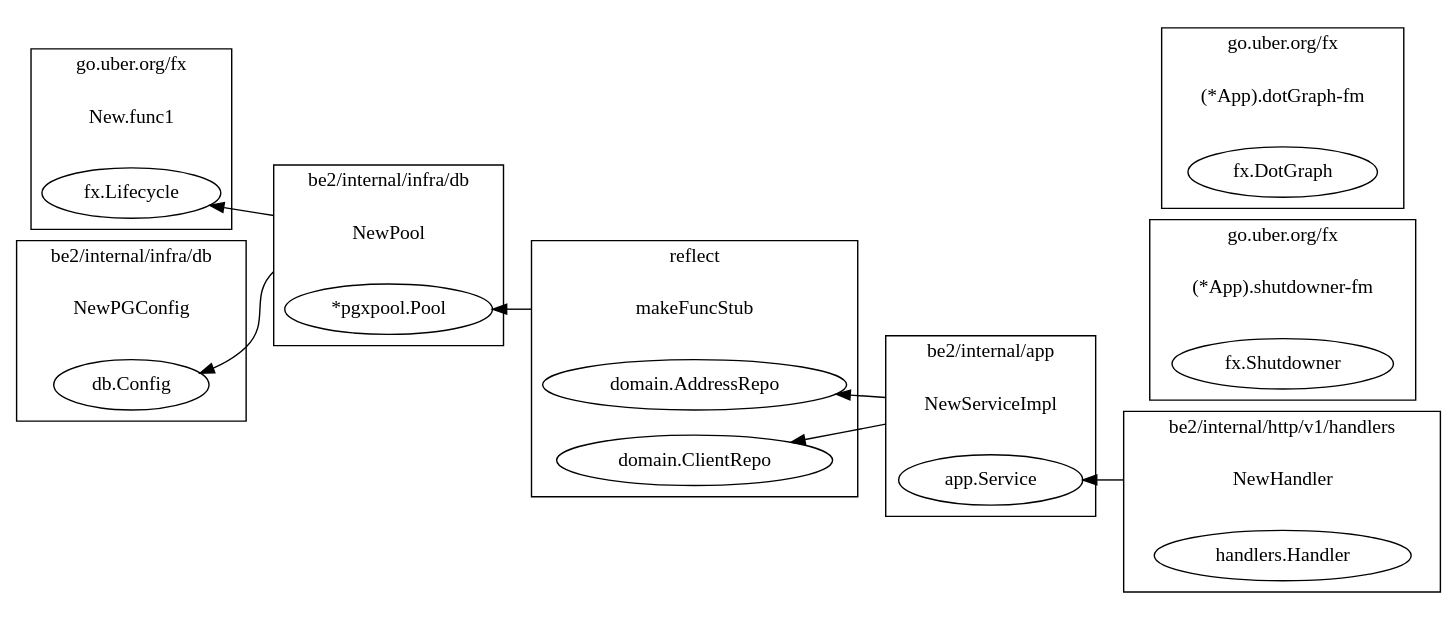
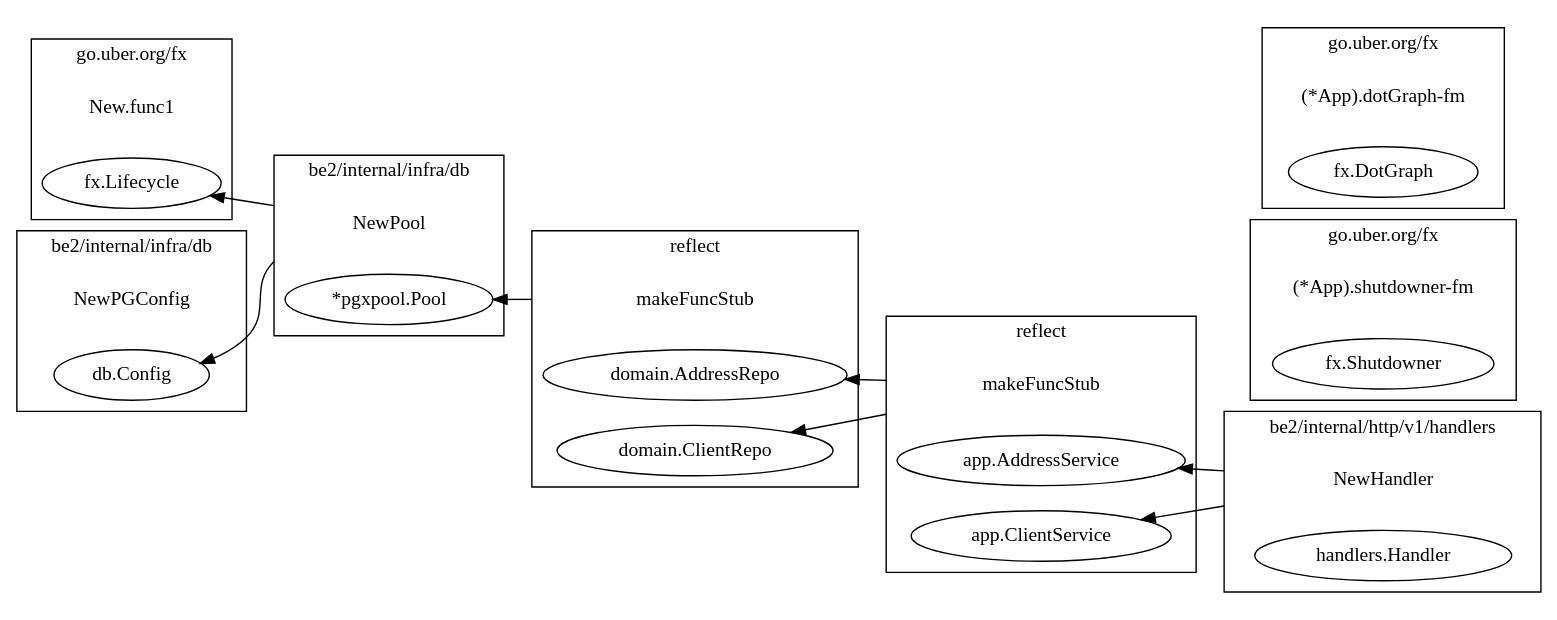
The diagram in src/graph.dot (aldz231188/be2), drawn with Graphviz before and after one commit. The commit also changed 7 other files, not shown here.

```diff
--- a/src/graph.dot
+++ b/src/graph.dot
@@ -1,51 +1,53 @@
 digraph {
 	rankdir=RL;
 	graph [compound=true];
 	subgraph cluster_0 {
 		label = "go.uber.org/fx";
 		constructor_0 [shape=plaintext label="New.func1"];
 		"fx.Lifecycle" [label=<fx.Lifecycle>];
 	}
 	subgraph cluster_1 {
 		label = "go.uber.org/fx";
 		constructor_1 [shape=plaintext label="(*App).shutdowner-fm"];
 		"fx.Shutdowner" [label=<fx.Shutdowner>];
 	}
 	subgraph cluster_2 {
 		label = "go.uber.org/fx";
 		constructor_2 [shape=plaintext label="(*App).dotGraph-fm"];
 		"fx.DotGraph" [label=<fx.DotGraph>];
 	}
 	subgraph cluster_3 {
 		label = "be2/internal/infra/db";
 		constructor_3 [shape=plaintext label="NewPGConfig"];
 		"db.Config" [label=<db.Config>];
 	}
 	subgraph cluster_4 {
 		label = "be2/internal/infra/db";
 		constructor_4 [shape=plaintext label="NewPool"];
 		"*pgxpool.Pool" [label=<*pgxpool.Pool>];
 	}
 	constructor_4 -> "fx.Lifecycle" [ltail=cluster_4];
 	constructor_4 -> "db.Config" [ltail=cluster_4];
 	subgraph cluster_5 {
 		label = "reflect";
 		constructor_5 [shape=plaintext label="makeFuncStub"];
 		"domain.AddressRepo" [label=<domain.AddressRepo>];
 		"domain.ClientRepo" [label=<domain.ClientRepo>];
 	}
 	constructor_5 -> "*pgxpool.Pool" [ltail=cluster_5];
 	subgraph cluster_6 {
-		label = "be2/internal/app";
-		constructor_6 [shape=plaintext label="NewServiceImpl"];
-		"app.Service" [label=<app.Service>];
+		label = "reflect";
+		constructor_6 [shape=plaintext label="makeFuncStub"];
+		"app.AddressService" [label=<app.AddressService>];
+		"app.ClientService" [label=<app.ClientService>];
 	}
 	constructor_6 -> "domain.AddressRepo" [ltail=cluster_6];
 	constructor_6 -> "domain.ClientRepo" [ltail=cluster_6];
 	subgraph cluster_7 {
 		label = "be2/internal/http/v1/handlers";
 		constructor_7 [shape=plaintext label="NewHandler"];
 		"handlers.Handler" [label=<handlers.Handler>];
 	}
-	constructor_7 -> "app.Service" [ltail=cluster_7];
+	constructor_7 -> "app.AddressService" [ltail=cluster_7];
+	constructor_7 -> "app.ClientService" [ltail=cluster_7];
 }
```
